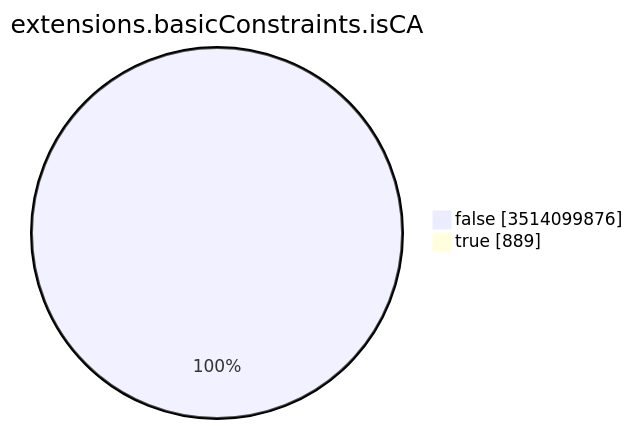
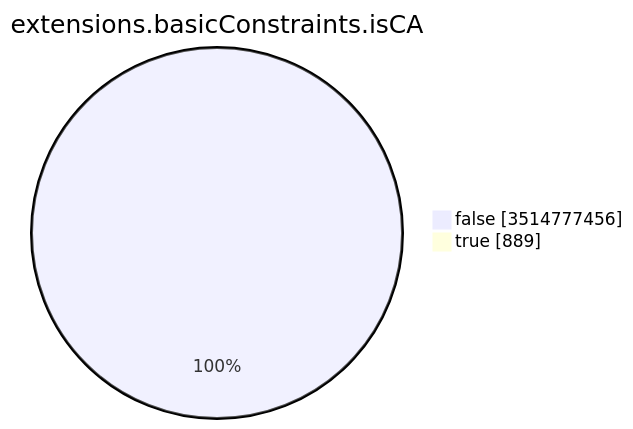
One commit to christiankrug/ctmonitor_visualization changed the seventh of 15 diagrams in TOTAL/README.md. Above: the diagram before and after it, drawn with Mermaid. The commit also changed other lines of this file, not shown here.

````diff
--- a/TOTAL/README.md
+++ b/TOTAL/README.md
@@ -3094,6 +3094,6 @@
 ```mermaid
 pie showData
 title extensions.basicConstraints.isCA
-"false" :3514099876
+"false" :3514777456
 "true" :889
 ```
````
